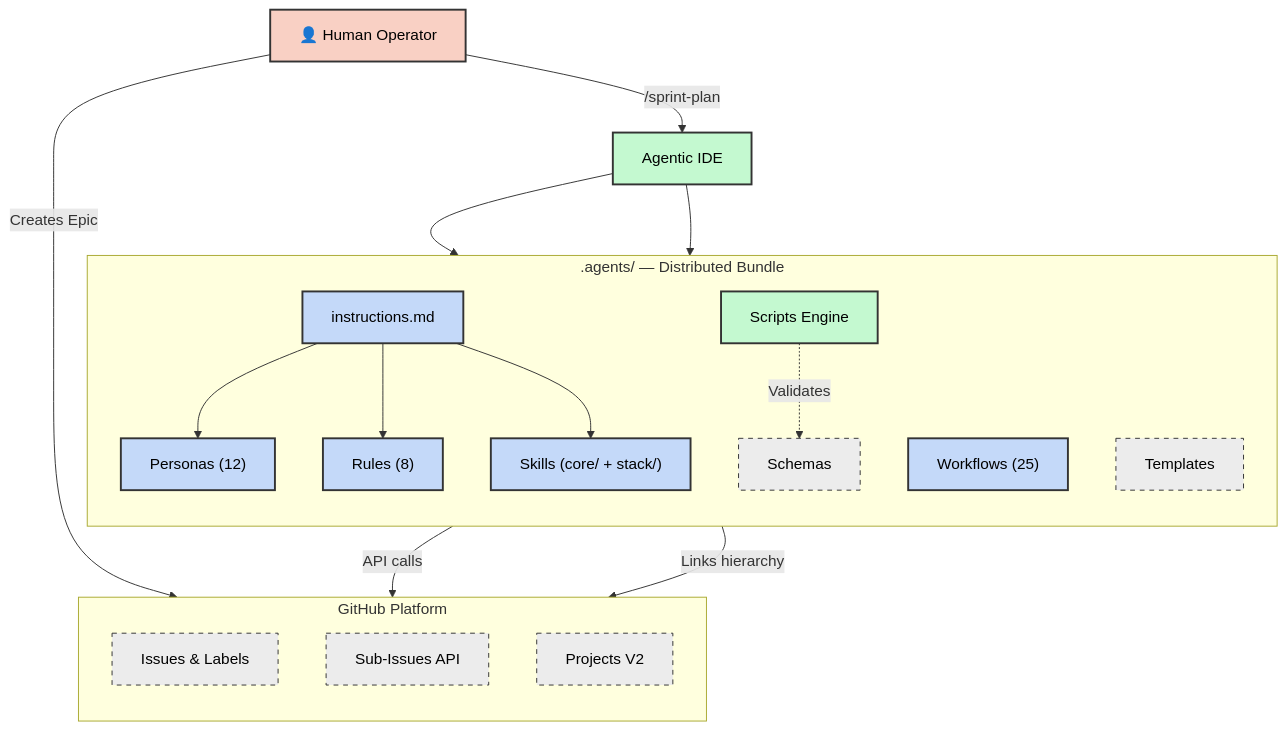
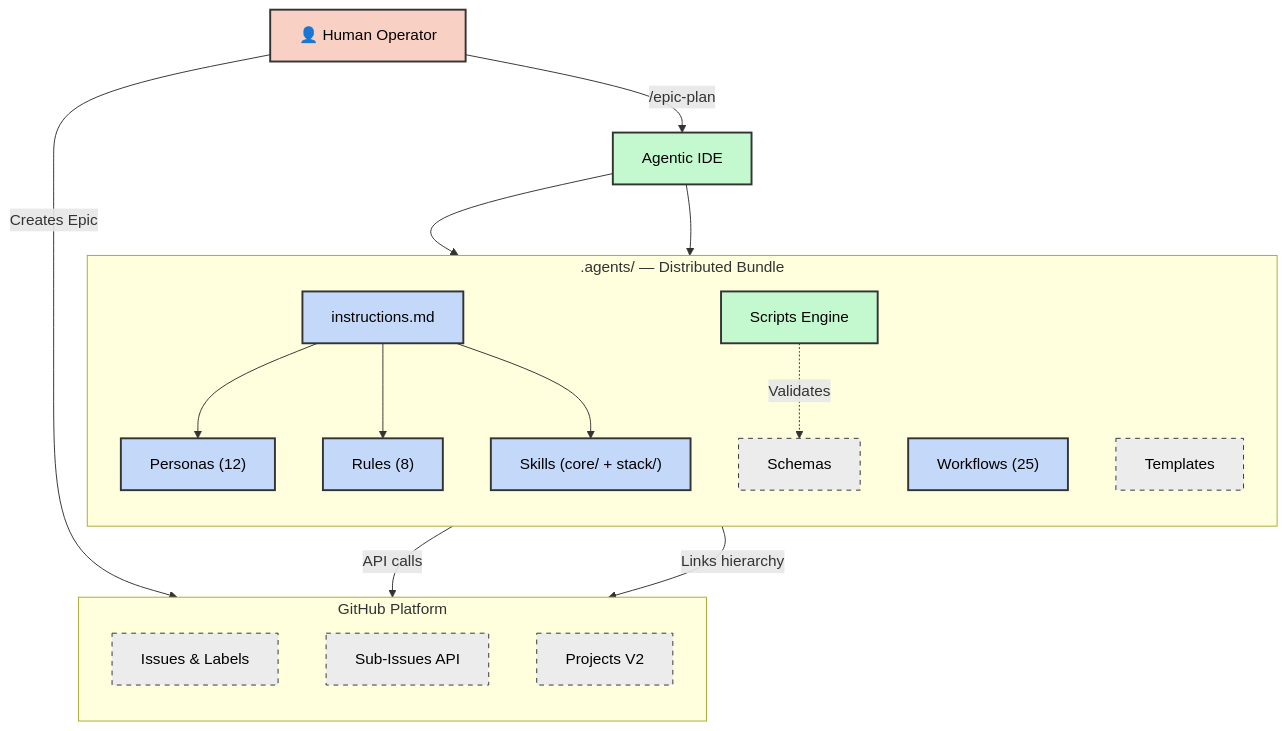
Before and after one commit to dsj1984/mandrel: the first of 8 diagrams in docs/architecture.md, drawn with Mermaid. The commit also changed other lines of this file and 3 other files, not shown here.

First line of the commit message:
docs: update README, architecture, data-dictionary, patterns for Epic #900

````diff
--- a/docs/architecture.md
+++ b/docs/architecture.md
@@ -51,38 +78,38 @@
 ```mermaid
 graph TB
     classDef human fill:#f9d0c4,stroke:#333,stroke-width:2px,color:#000
     classDef agent fill:#c4f9d0,stroke:#333,stroke-width:2px,color:#000
     classDef infra fill:#c4d9f9,stroke:#333,stroke-width:2px,color:#000
     classDef data fill:#ececec,stroke:#333,stroke-width:1px,stroke-dasharray: 5 5,color:#000
 
     H["👤 Human Operator"]:::human
     IDE["Agentic IDE"]:::agent
 
     subgraph Framework [".agents/ — Distributed Bundle"]
         direction TB
         INS["instructions.md"]:::infra
         PER["Personas (12)"]:::infra
         RUL["Rules (8)"]:::infra
         SKL["Skills (core/ + stack/)"]:::infra
         WFL["Workflows (25)"]:::infra
         SCR["Scripts Engine"]:::agent
         SCH["Schemas"]:::data
         TPL["Templates"]:::data
     end
 
     subgraph GitHub ["GitHub Platform"]
         direction TB
         ISS["Issues & Labels"]:::data
         SUB["Sub-Issues API"]:::data
         PRJ["Projects V2"]:::data
     end
 
     H -->|"Creates Epic"| ISS
-    H -->|"/sprint-plan"| IDE
+    H -->|"/epic-plan"| IDE
     IDE --> INS
     INS --> PER & RUL & SKL
     IDE --> SCR
     SCR -->|"API calls"| ISS
     SCR -->|"Links hierarchy"| SUB
     SCR -.->|"Validates"| SCH
 ```
````
